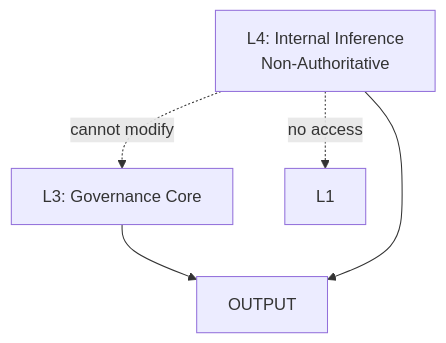
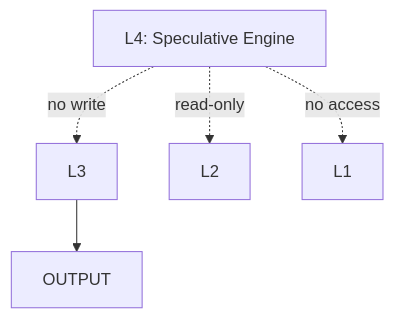
One commit to GeneralSergal/ORP changed the second of 4 diagrams in README.md. Above: the diagram before and after it, drawn with Mermaid. The commit also changed other lines of this file, not shown here.

````diff
--- a/README.md
+++ b/README.md
@@ -83,7 +73,7 @@
 ```mermaid
 flowchart TD
-    L3[L3: Governance Core] --> OUT[OUTPUT]
-    L4[L4: Internal Inference<br/>Non-Authoritative] --> OUT
-    L4 -. cannot modify .-> L3
+    L3 --> OUT[OUTPUT]
+    L4[L4: Speculative Engine] -. read-only .-> L2
+    L4 -. no write .-> L3
     L4 -. no access .-> L1
 ```
````
